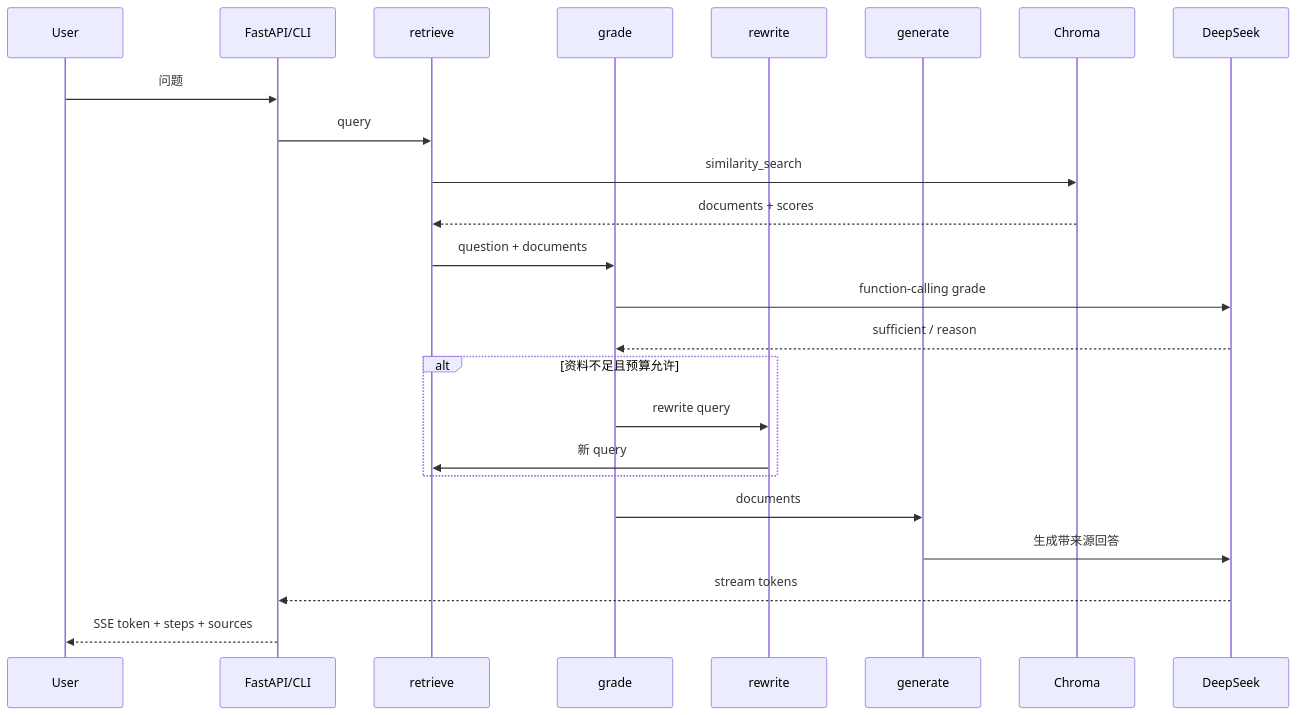
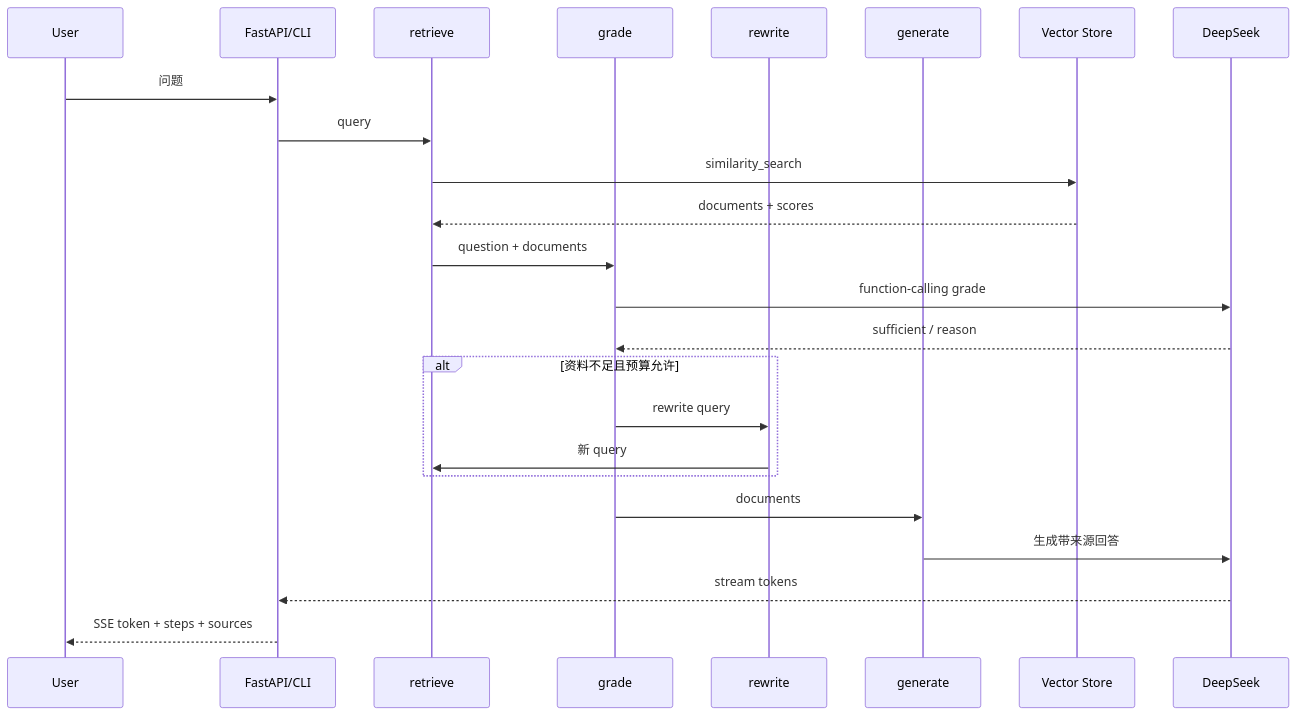
One commit to haomj/personal-knowledge-agent changed the second of 6 diagrams in docs/architecture.md. Above: the diagram before and after it, drawn with Mermaid. The commit also changed other lines of this file and 16 other files, not shown here.

````diff
--- a/docs/architecture.md
+++ b/docs/architecture.md
@@ -65,27 +66,27 @@
 ```mermaid
 sequenceDiagram
     participant U as User
     participant API as FastAPI/CLI
     participant R as retrieve
     participant G as grade
     participant W as rewrite
     participant A as generate
-    participant C as Chroma
+    participant C as Vector Store
     participant L as DeepSeek
 
     U->>API: 问题
     API->>R: query
     R->>C: similarity_search
     C-->>R: documents + scores
     R->>G: question + documents
     G->>L: function-calling grade
     L-->>G: sufficient / reason
     alt 资料不足且预算允许
         G->>W: rewrite query
         W->>R: 新 query
     end
     G->>A: documents
     A->>L: 生成带来源回答
     L-->>API: stream tokens
     API-->>U: SSE token + steps + sources
 ```
````
